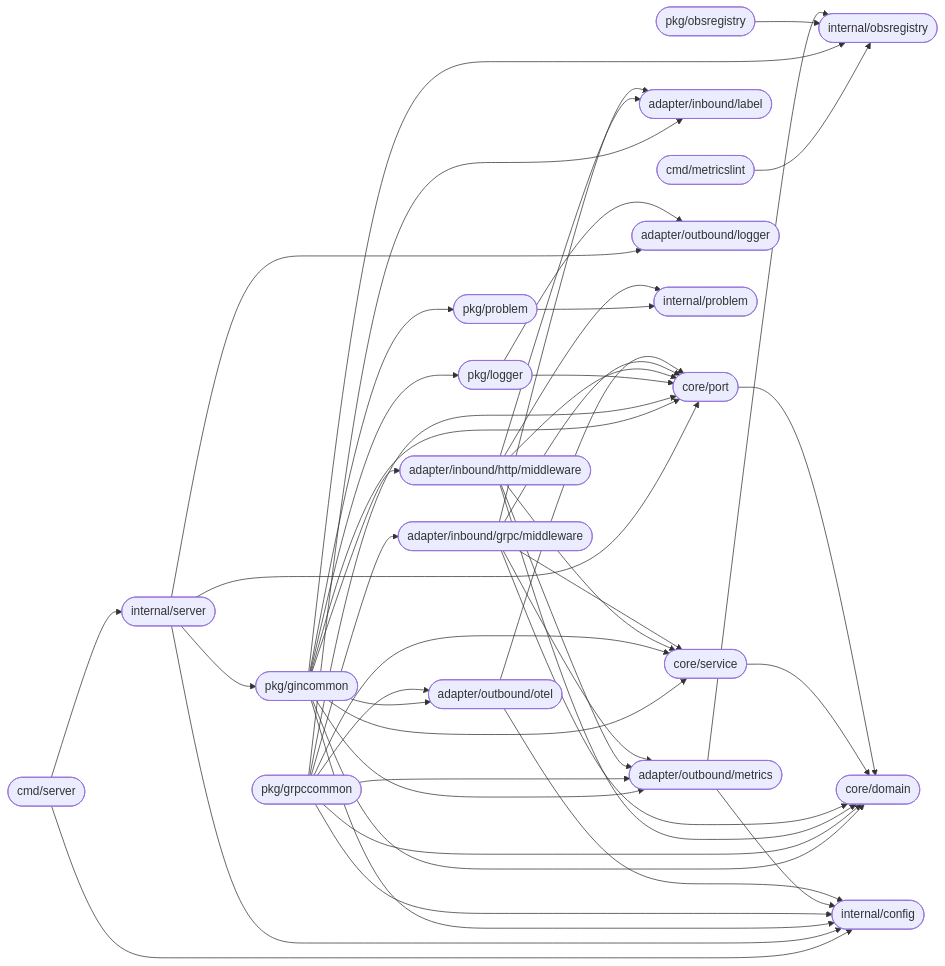
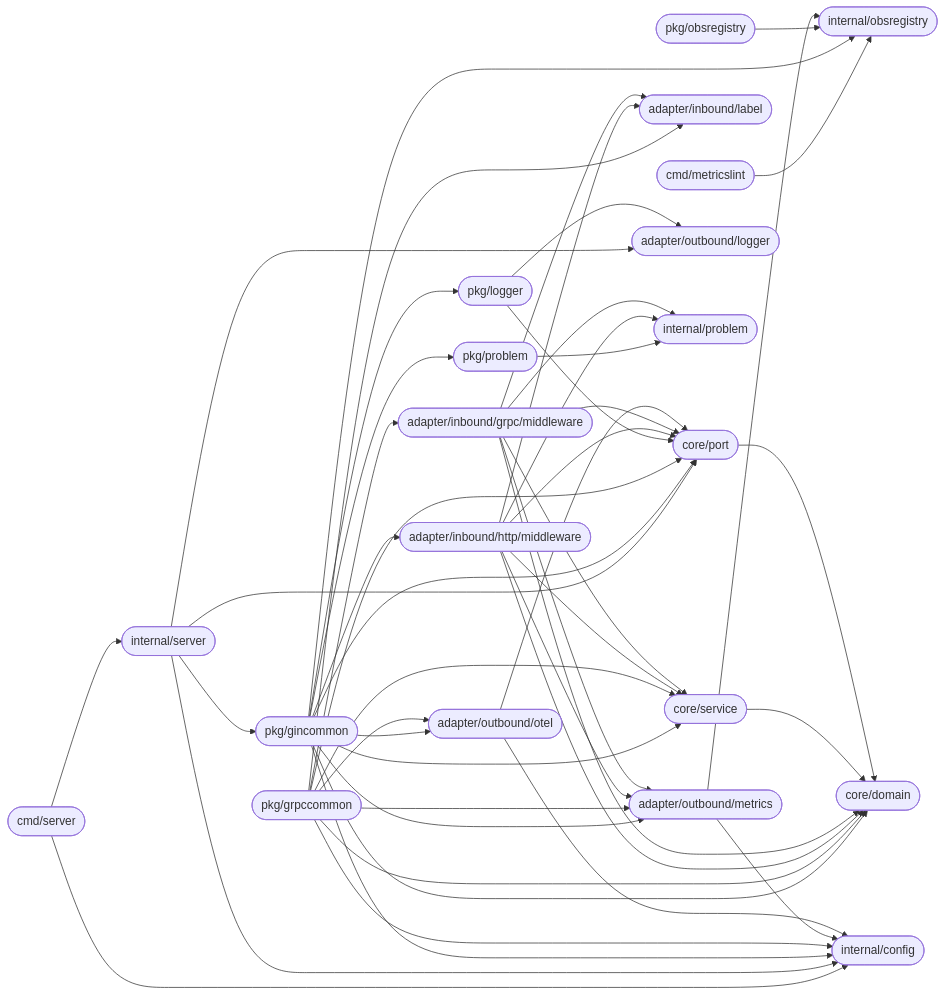
One commit to BCBP-SOLUTIONS-FZC-LLC/platform-gincommon changed the diagram in docs/architecture/mermaid/package-dependencies.mmd. Above: the diagram before and after it, drawn with Mermaid. The commit also changed 24 other files, not shown here.

```diff
--- a/docs/architecture/mermaid/package-dependencies.mmd
+++ b/docs/architecture/mermaid/package-dependencies.mmd
@@ -1,79 +1,80 @@
 graph LR
     server(["cmd/server"])
     metricslint(["cmd/metricslint"])
     demo(["internal/server"])
 
     gincommon(["pkg/gincommon"])
     grpccommon(["pkg/grpccommon"])
     obsregistry_pkg(["pkg/obsregistry"])
     problem_pkg(["pkg/problem"])
     logger_pkg(["pkg/logger"])
 
     http_mw(["adapter/inbound/http/middleware"])
     grpc_mw(["adapter/inbound/grpc/middleware"])
     label(["adapter/inbound/label"])
 
     metrics(["adapter/outbound/metrics"])
     otel(["adapter/outbound/otel"])
     logger_adp(["adapter/outbound/logger"])
 
     obsregistry(["internal/obsregistry"])
     problem(["internal/problem"])
     config(["internal/config"])
 
     service(["core/service"])
     port(["core/port"])
     domain(["core/domain"])
 
     server      --> demo
     server      --> config
     metricslint --> obsregistry
     demo        --> gincommon
     demo        --> logger_adp
     demo        --> config
     demo        --> port
 
     gincommon   --> http_mw
     gincommon   --> problem_pkg
     gincommon   --> metrics
     gincommon   --> otel
     gincommon   --> obsregistry
     gincommon   --> logger_pkg
     gincommon   --> config
     gincommon   --> service
     gincommon   --> port
     gincommon   --> domain
 
     grpccommon  --> grpc_mw
     grpccommon  --> label
     grpccommon  --> metrics
     grpccommon  --> otel
     grpccommon  --> config
     grpccommon  --> service
     grpccommon  --> port
     grpccommon  --> domain
 
     obsregistry_pkg --> obsregistry
     problem_pkg --> problem
     logger_pkg  --> logger_adp
     logger_pkg  --> port
 
     http_mw     --> label
     http_mw     --> problem
     http_mw     --> metrics
     http_mw     --> service
     http_mw     --> port
     http_mw     --> domain
     grpc_mw     --> label
+    grpc_mw     --> problem
     grpc_mw     --> metrics
     grpc_mw     --> service
     grpc_mw     --> port
     grpc_mw     --> domain
 
     metrics     --> obsregistry
     metrics     --> config
     otel        --> config
     otel        --> port
 
     service     --> domain
     port        --> domain
```
